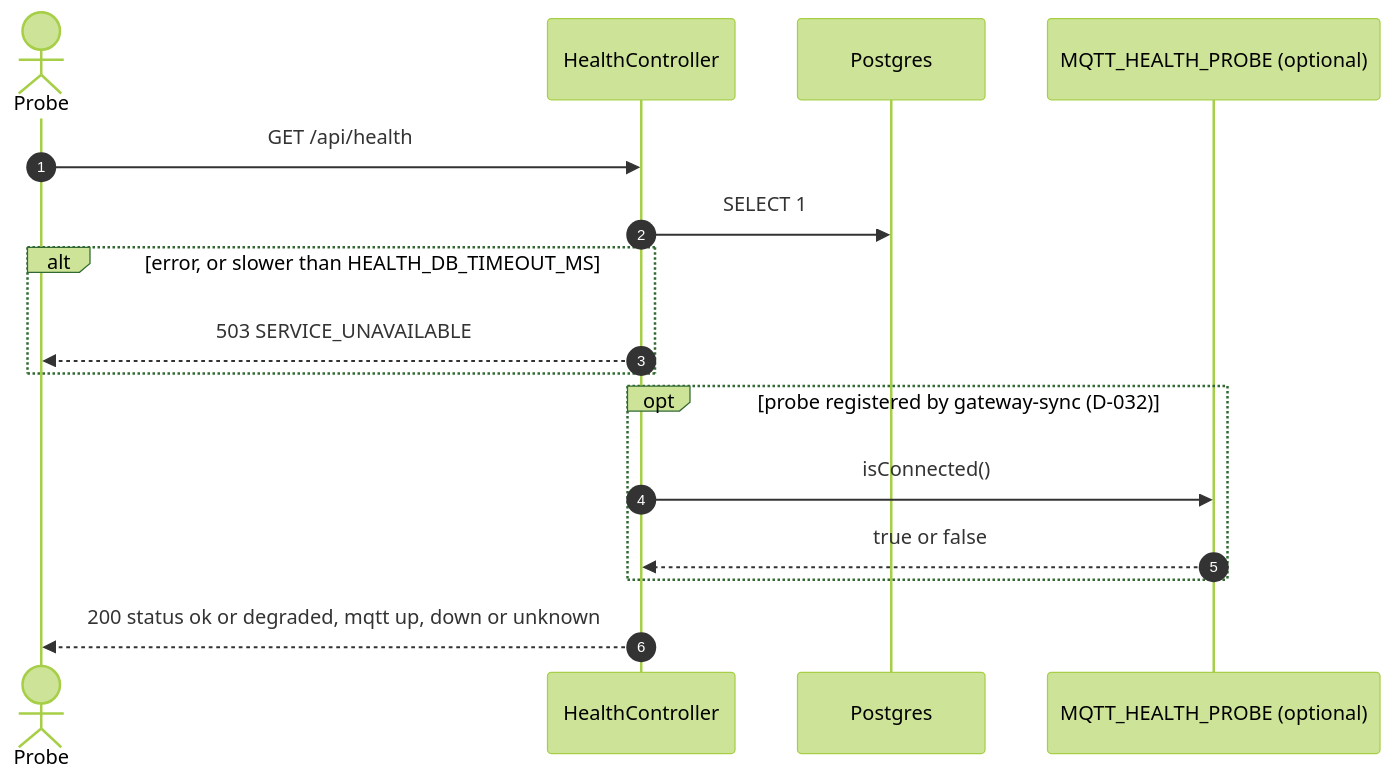
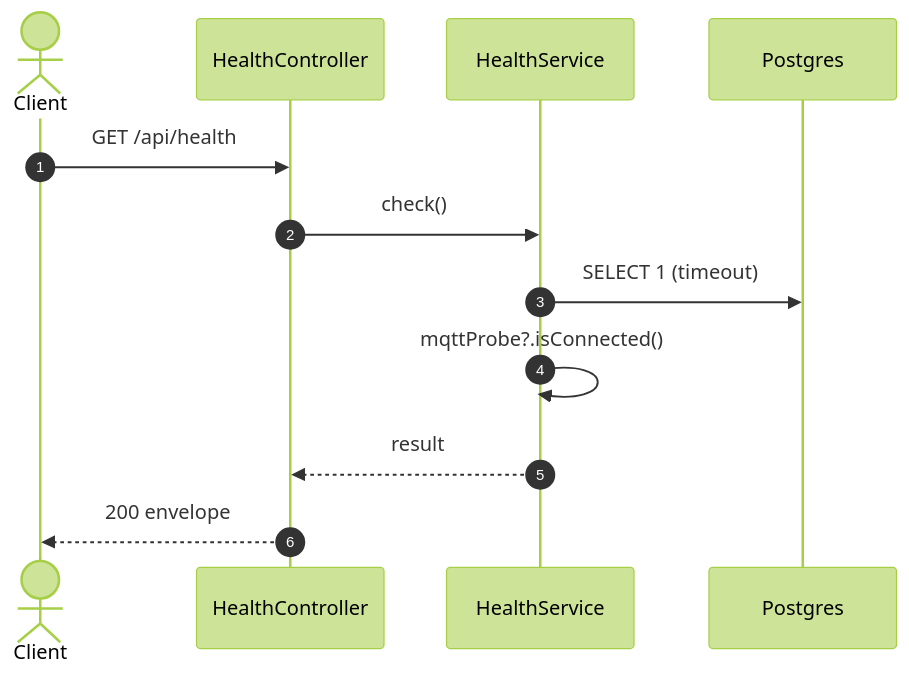
Before and after one commit to TrekLink-Team/treklink-web: the second of 2 diagrams in specs/platform/api-design/01-get-health.md, drawn with Mermaid (forest theme). The commit also changed other lines of this file and 367 other files, not shown here.

First line of the commit message:
docs: rewrite the module specs and schema from the rescoped SRS

````diff
--- a/specs/platform/api-design/01-get-health.md
+++ b/specs/platform/api-design/01-get-health.md
@@ -104,18 +100,14 @@
 ```mermaid
 sequenceDiagram
     autonumber
-    actor Probe
-    participant Controller as HealthController
+    actor C as Client
+    participant Ctl as HealthController
+    participant Svc as HealthService
     participant DB as Postgres
-    participant MQ as MQTT_HEALTH_PROBE (optional)
-    Probe->>Controller: GET /api/health
-    Controller->>DB: SELECT 1
-    alt error, or slower than HEALTH_DB_TIMEOUT_MS
-      Controller-->>Probe: 503 SERVICE_UNAVAILABLE
-    end
-    opt probe registered by gateway-sync (D-032)
-      Controller->>MQ: isConnected()
-      MQ-->>Controller: true or false
-    end
-    Controller-->>Probe: 200 status ok or degraded, mqtt up, down or unknown
+    C->>Ctl: GET /api/health
+    Ctl->>Svc: check()
+    Svc->>DB: SELECT 1 (timeout)
+    Svc->>Svc: mqttProbe?.isConnected()
+    Svc-->>Ctl: result
+    Ctl-->>C: 200 envelope
 ```
````
